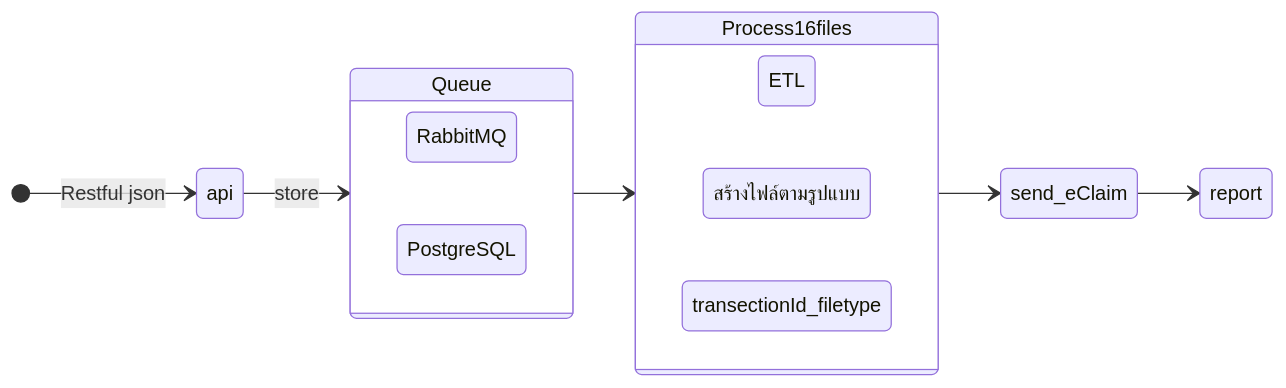
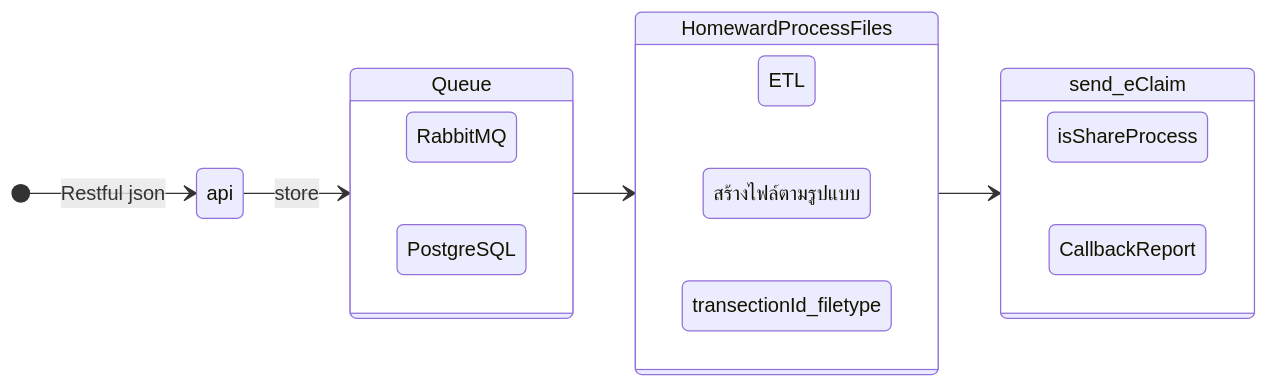
One commit to hii-in-th/16file_eclaim_design changed the second of 5 diagrams in README.MD. Above: the diagram before and after it, drawn with Mermaid. The commit also changed other lines of this file, not shown here.

Commit message:
update flow

````diff
--- a/README.MD
+++ b/README.MD
@@ -28,22 +28,28 @@
 ```mermaid
 stateDiagram
     direction LR
     [*] --> api : Restful json
     api --> Queue : store
     state Queue {
       direction LR
       RabbitMQ
       PostgreSQL
     }
 
-    Queue --> Process16files
-    state Process16files {
+    Queue --> HomewardProcessFiles
+    state HomewardProcessFiles {
       direction LR
       ETL
       สร้างไฟล์ตามรูปแบบ
       transectionId_filetype
     }
-    Process16files --> send_eClaim
-    send_eClaim --> report
+
+    state send_eClaim {
+        direction LR
+        isShareProcess
+        CallbackReport
+    }
+
+    HomewardProcessFiles --> send_eClaim
     
 ```
````
